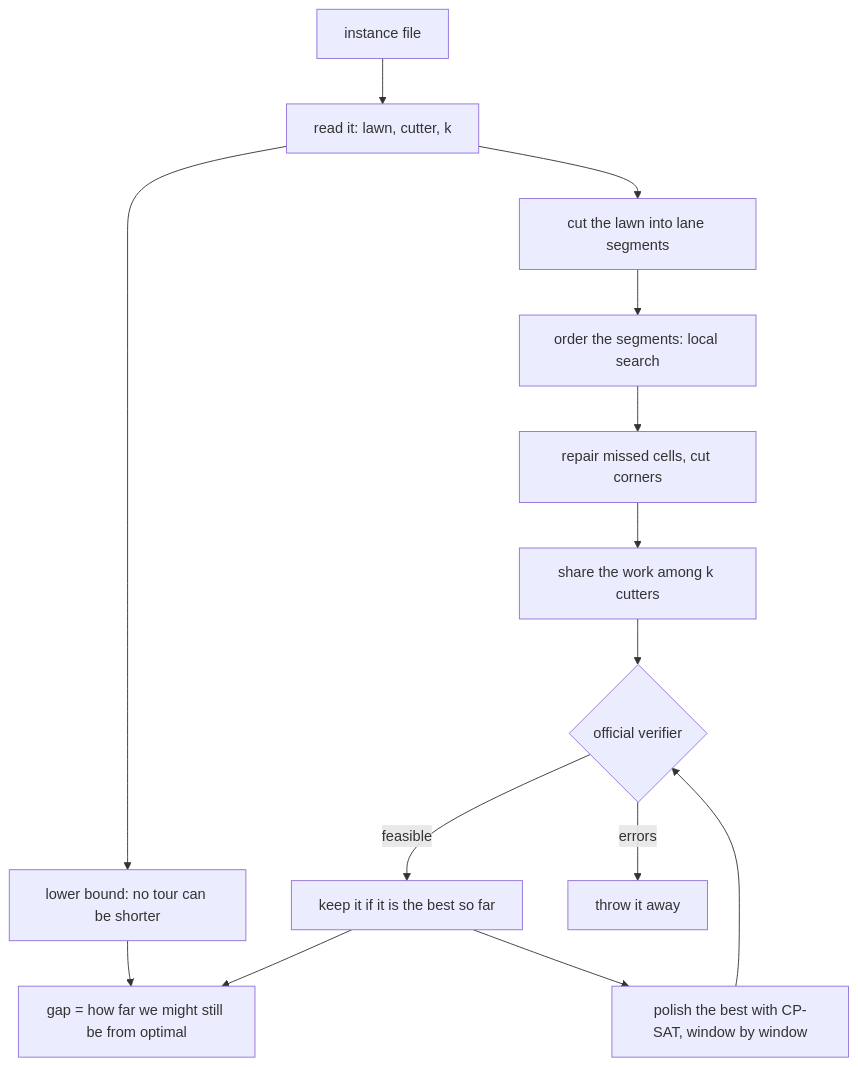
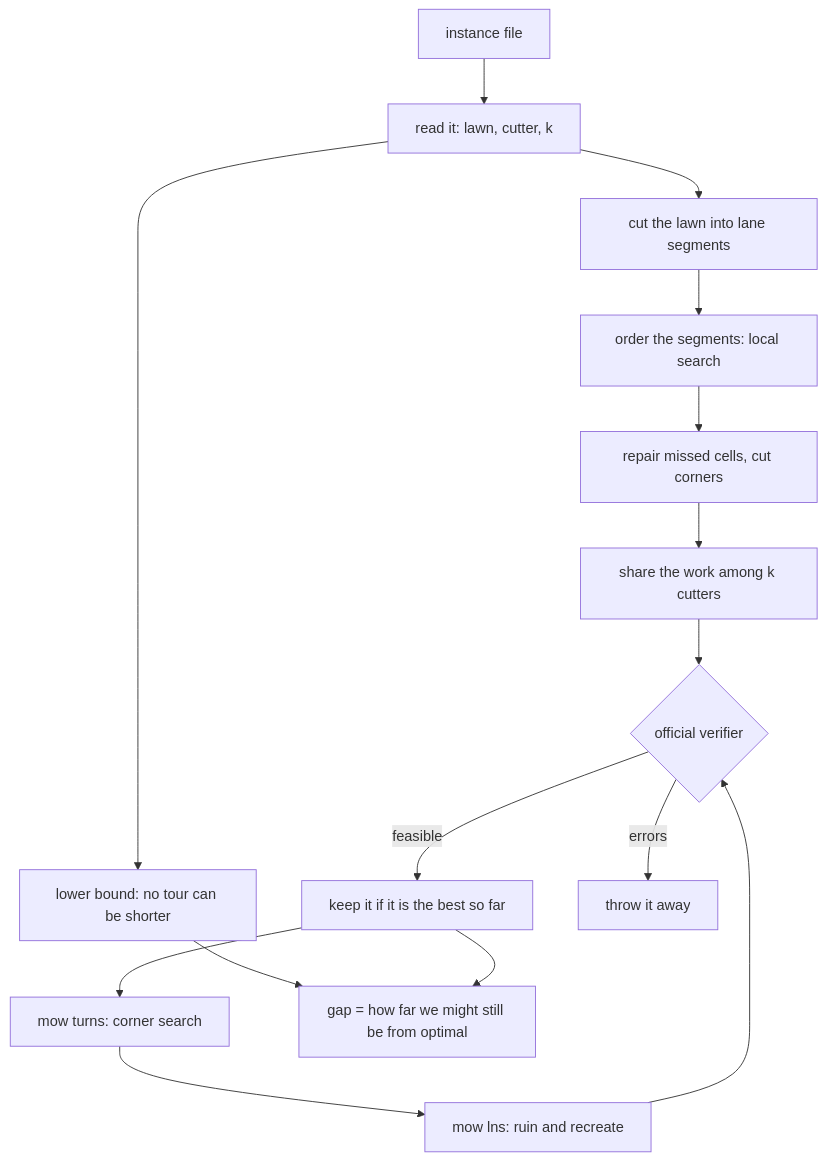
Before and after one commit to voltro33/CG-SHOP-2027: the second of 7 diagrams in docs/how-it-works.md, drawn with Mermaid. The commit also changed other lines of this file and 4 other files, not shown here.

````diff
--- a/docs/how-it-works.md
+++ b/docs/how-it-works.md
@@ -51,16 +54,17 @@
 ```mermaid
 flowchart TD
     I[instance file] --> P[read it: lawn, cutter, k]
     P --> B[lower bound: no tour can be shorter]
     P --> C[cut the lawn into lane segments]
     C --> O[order the segments: local search]
     O --> R[repair missed cells, cut corners]
     R --> K[share the work among k cutters]
     K --> V{official verifier}
     V -- feasible --> S[keep it if it is the best so far]
     V -- errors --> X[throw it away]
-    S --> PO[polish the best with CP-SAT, window by window]
-    PO --> V
+    S --> T[mow turns: corner search]
+    T --> L[mow lns: ruin and recreate]
+    L --> V
     B --> G[gap = how far we might still be from optimal]
     S --> G
 ```
````
